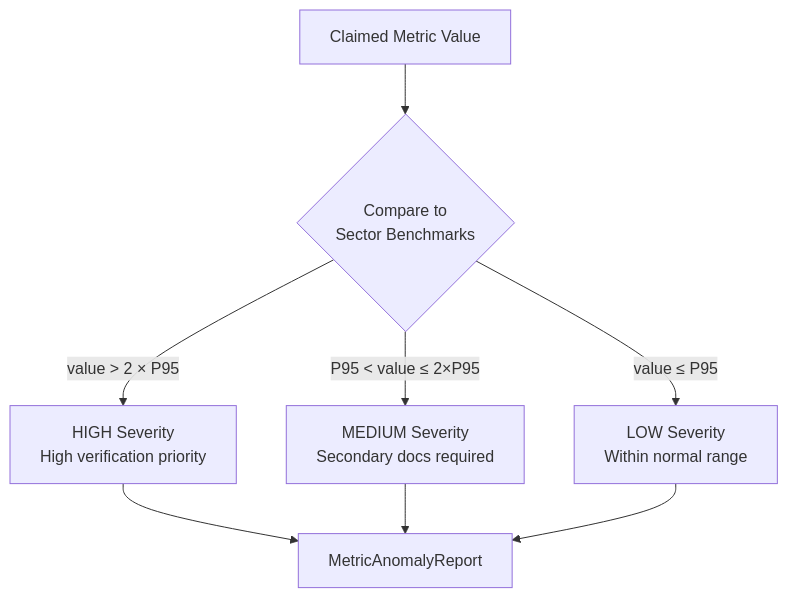
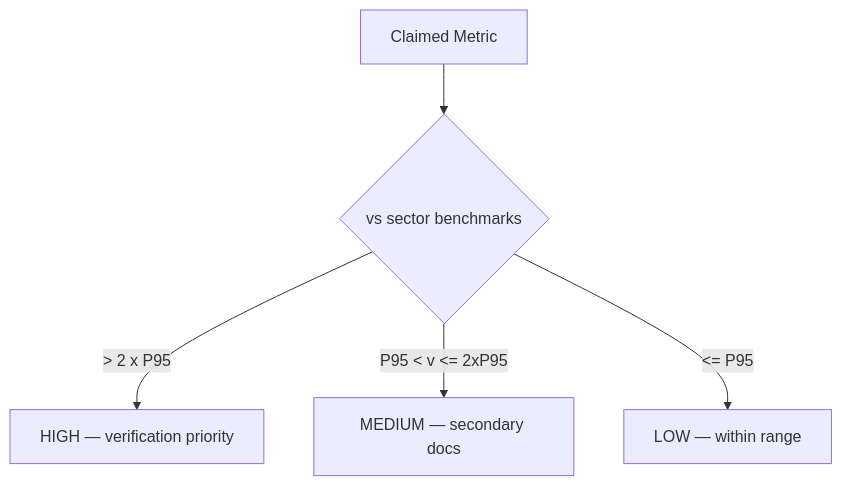
The seventh of 26 diagrams in README.md (dozimikes/pitchmic), drawn with Mermaid before and after one commit. The commit also changed other lines of this file, not shown here.

````diff
--- a/README.md
+++ b/README.md
@@ -411,10 +445,7 @@
 ```mermaid
 flowchart TD
-    A["Claimed Metric Value"] --> B{"Compare to\nSector Benchmarks"}
-    B -->|"value > 2 × P95"| C["HIGH Severity\nHigh verification priority"]
-    B -->|"P95 < value ≤ 2×P95"| D["MEDIUM Severity\nSecondary docs required"]
-    B -->|"value ≤ P95"| E["LOW Severity\nWithin normal range"]
-    C --> F["MetricAnomalyReport"]
-    D --> F
-    E --> F
+    A["Claimed Metric"] --> B{"vs sector benchmarks"}
+    B -->|"> 2 x P95"| C["HIGH — verification priority"]
+    B -->|"P95 < v <= 2xP95"| D["MEDIUM — secondary docs"]
+    B -->|"<= P95"| E["LOW — within range"]
 ```
````
